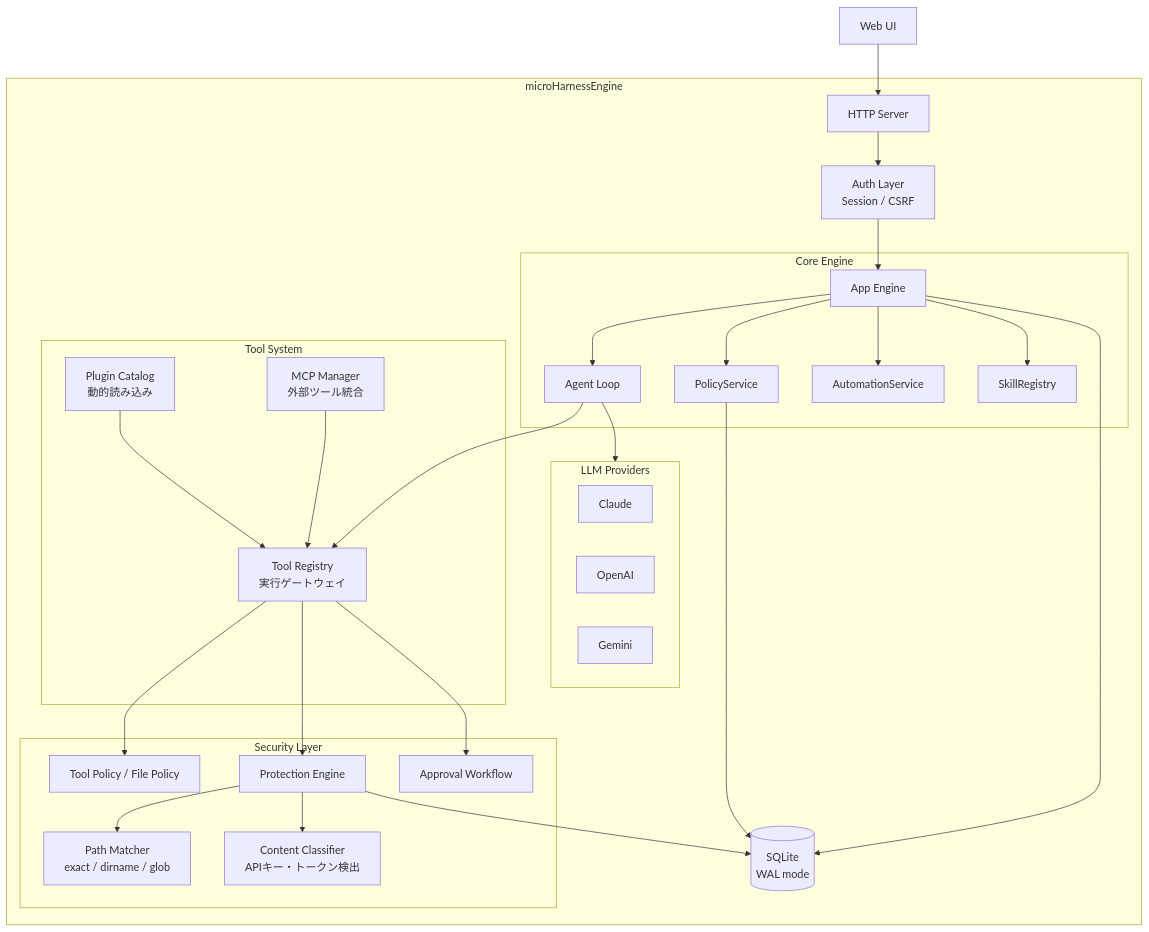
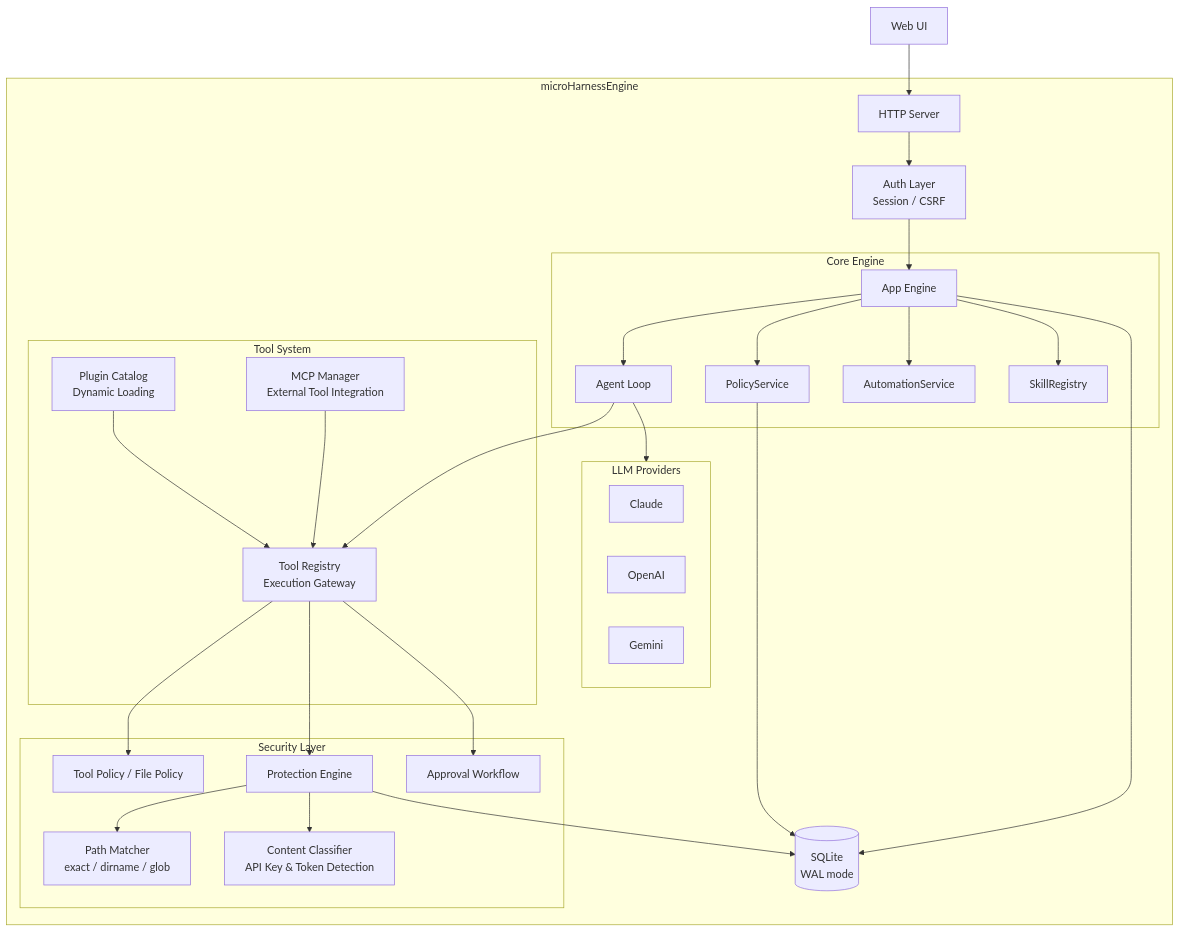
One commit to m-harness/micro-harness-engine changed the diagram in README.md. Above: the diagram before and after it, drawn with Mermaid. The commit also changed other lines of this file and 31 other files, not shown here.

````diff
--- a/README.md
+++ b/README.md
@@ -190,51 +192,51 @@
 ```mermaid
 graph TB
     WEB["Web UI"] --> HTTP["HTTP Server"]
 
     subgraph Engine["microHarnessEngine"]
         HTTP --> AUTH["Auth Layer<br/>Session / CSRF"]
 
         subgraph Core["Core Engine"]
             APP["App Engine"] --> LOOP["Agent Loop"]
             APP --> POLICY["PolicyService"]
             APP --> AUTO["AutomationService"]
             APP --> SKILL["SkillRegistry"]
         end
 
         subgraph Security["Security Layer"]
             POLICY_CHK["Tool Policy / File Policy"]
             PROTECT["Protection Engine"]
             MATCHER["Path Matcher<br/>exact / dirname / glob"]
-            CLASSIFIER["Content Classifier<br/>APIキー・トークン検出"]
+            CLASSIFIER["Content Classifier<br/>API Key & Token Detection"]
             APPROVAL["Approval Workflow"]
         end
 
         subgraph ToolSystem["Tool System"]
-            REGISTRY["Tool Registry<br/>実行ゲートウェイ"]
-            CATALOG["Plugin Catalog<br/>動的読み込み"]
-            MCP_MGR["MCP Manager<br/>外部ツール統合"]
+            REGISTRY["Tool Registry<br/>Execution Gateway"]
+            CATALOG["Plugin Catalog<br/>Dynamic Loading"]
+            MCP_MGR["MCP Manager<br/>External Tool Integration"]
         end
 
         subgraph Providers["LLM Providers"]
             ANTHROPIC["Claude"]
             OPENAI["OpenAI"]
             GEMINI["Gemini"]
         end
 
         DB[("SQLite<br/>WAL mode")]
     end
 
     AUTH --> APP
     LOOP --> Providers
     LOOP --> REGISTRY
     REGISTRY --> POLICY_CHK
     REGISTRY --> PROTECT
     PROTECT --> MATCHER
     PROTECT --> CLASSIFIER
     REGISTRY --> APPROVAL
     CATALOG --> REGISTRY
     MCP_MGR --> REGISTRY
     APP --> DB
     POLICY --> DB
     PROTECT --> DB
 ```
````
